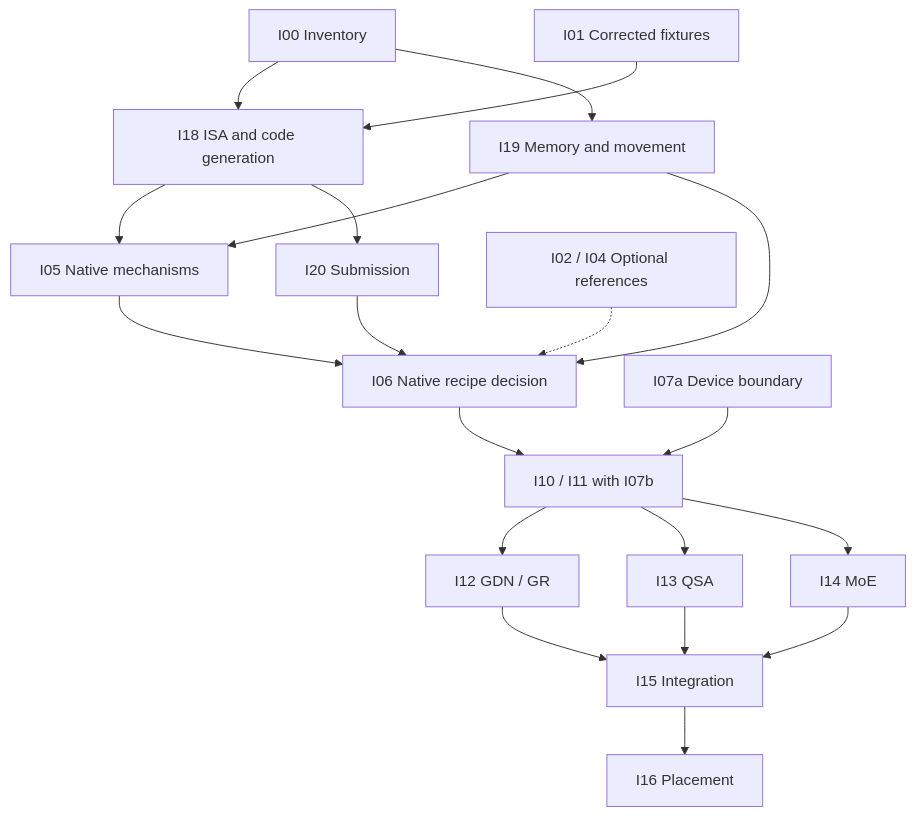
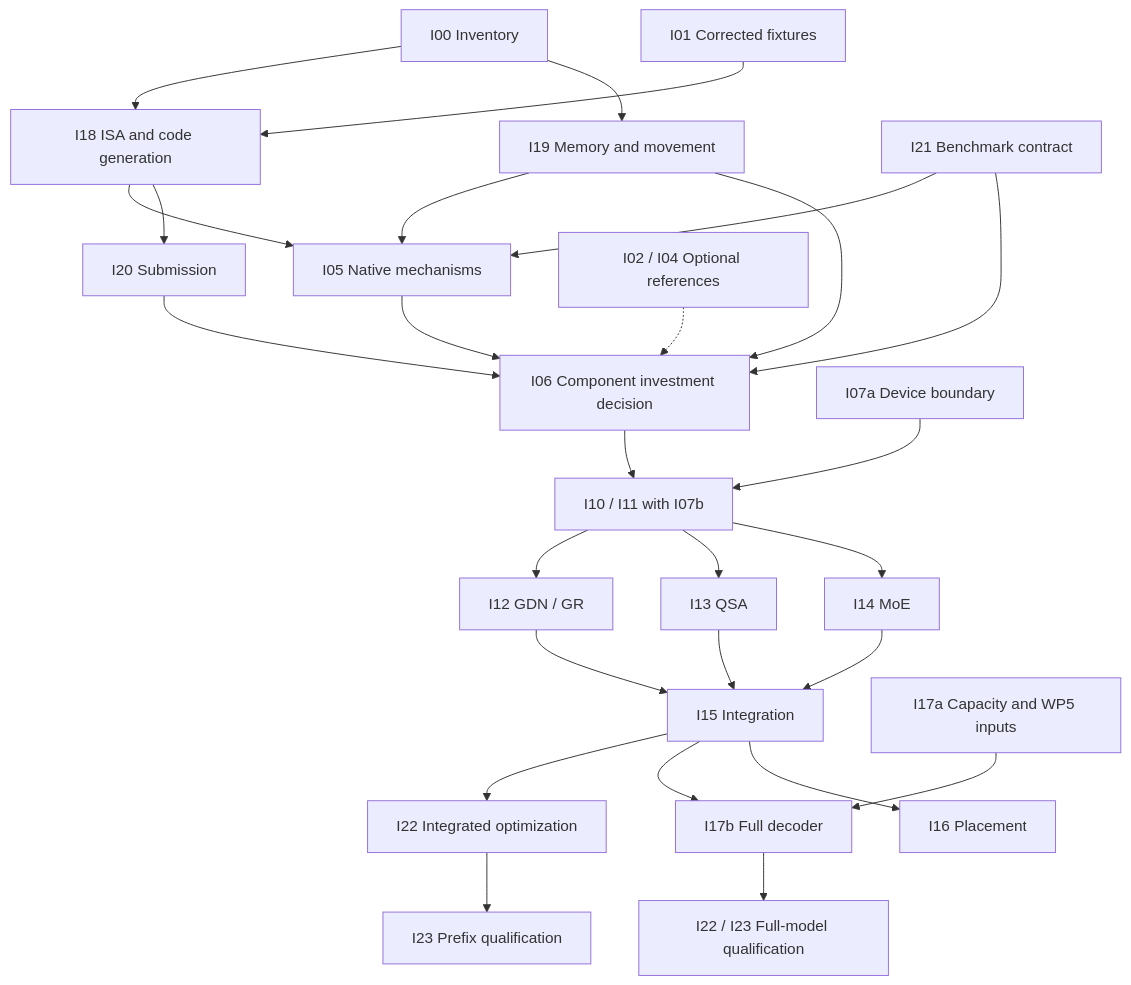
Before and after one commit to CraigHutchinson/Sub0Llm: the diagram in docs/INTEL_IGPU_WORK_PACKAGES.md, drawn with Mermaid. The commit also changed other lines of this file and 6 other files, not shown here.

````diff
--- a/docs/INTEL_IGPU_WORK_PACKAGES.md
+++ b/docs/INTEL_IGPU_WORK_PACKAGES.md
@@ -453,22 +570,29 @@
 ```mermaid
 flowchart TD
     H[I00 Inventory] --> A[I18 ISA and code generation]
     H --> M[I19 Memory and movement]
     F[I01 Corrected fixtures] --> A
     A --> K[I05 Native mechanisms]
     M --> K
     A --> S[I20 Submission]
-    K --> D[I06 Native recipe decision]
+    P[I21 Benchmark contract] --> K
+    P --> D[I06 Component investment decision]
+    K --> D
     M --> D
     S --> D
     O[I02 / I04 Optional references] -.-> D
     B[I07a Device boundary] --> N[I10 / I11 with I07b]
     D --> N
     N --> G[I12 GDN / GR]
     N --> Q[I13 QSA]
     N --> E[I14 MoE]
     G --> R[I15 Integration]
     Q --> R
     E --> R
+    R --> T[I22 Integrated optimization]
+    T --> U[I23 Prefix qualification]
+    R --> W[I17b Full decoder]
+    C[I17a Capacity and WP5 inputs] --> W
+    W --> Z[I22 / I23 Full-model qualification]
     R --> X[I16 Placement]
 ```
````
